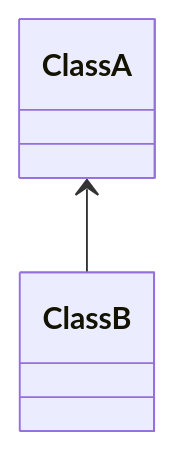
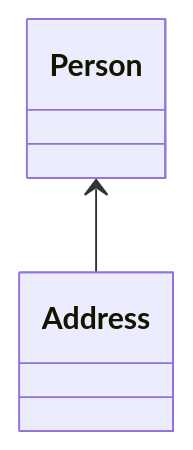
One commit to 8bitdev256/howto changed the first of 4 diagrams in OOP - UML.md. Above: the diagram before and after it, drawn with Mermaid. The commit also changed other lines of this file, not shown here.

Commit message:
FEAT: Update OOP - UML.md

````diff
--- a/OOP - UML.md
+++ b/OOP - UML.md
@@ -9,12 +11,12 @@
 ```mermaid
 classDiagram
-    class ClassA {
+    class Person {
 
     }
 
-    class ClassB {
+    class Address {
 
     }
 
-    ClassA <-- ClassB
+    Person <-- Address
 ```
````
